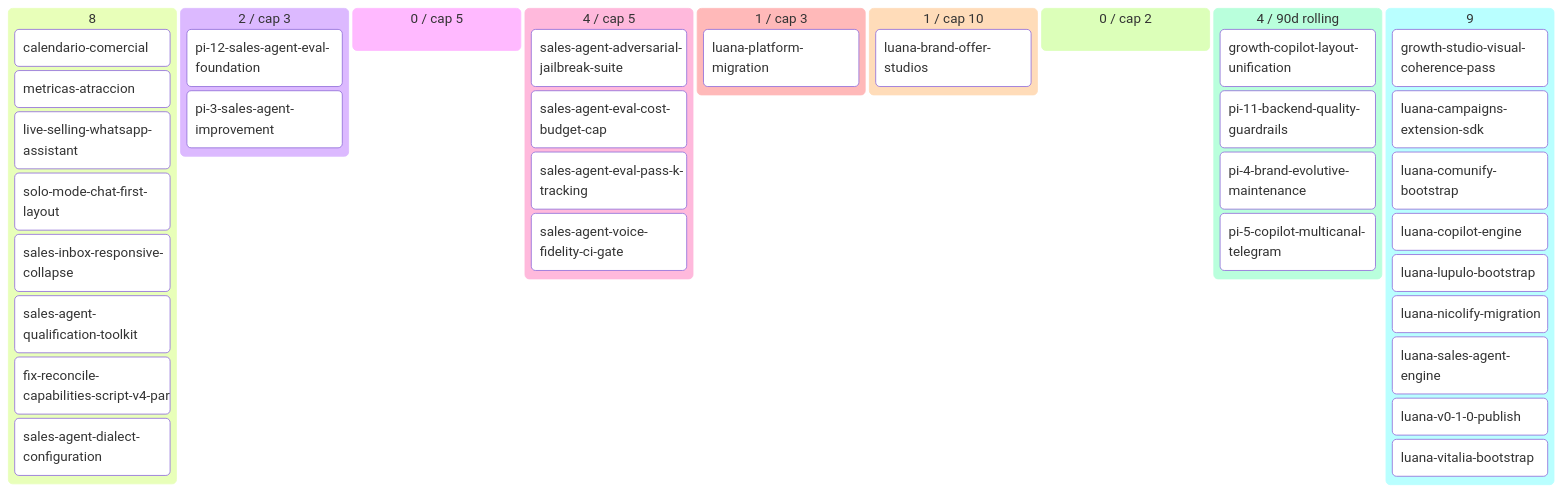
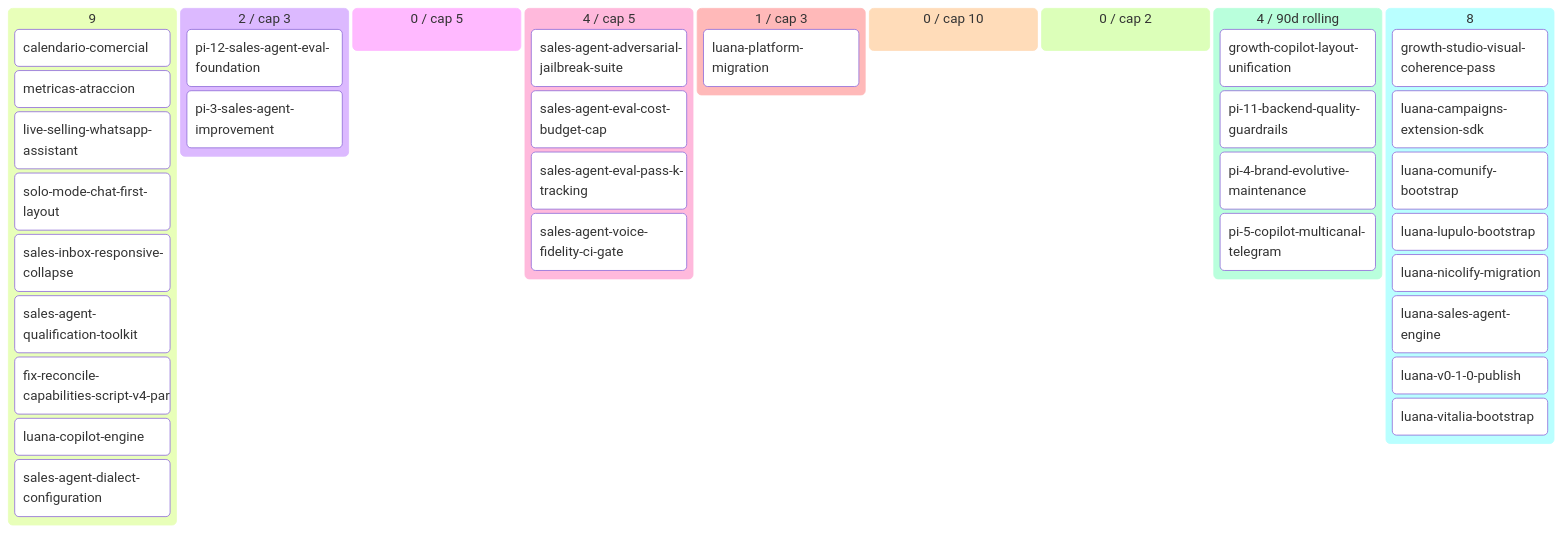
The diagram in docs/product/BACKLOG.md (alpacapurpura/ap_sales_agent), drawn with Mermaid before and after one commit. The commit also changed other lines of this file and 50 other files, not shown here.

First line of the commit message:
feat(luana-platform): close Story 5 luana-brand-offer-studios DONE + archive

````diff
--- a/docs/product/BACKLOG.md
+++ b/docs/product/BACKLOG.md
@@ -66,41 +66,40 @@
 ```mermaid
 kanban
-  💡 Ideas (8)
+  💡 Ideas (9)
     calendario-comercial[calendario-comercial]
     metricas-atraccion[metricas-atraccion]
     live-selling-whatsapp-assistan[live-selling-whatsapp-assistant]
     solo-mode-chat-first-layout[solo-mode-chat-first-layout]
     sales-inbox-responsive-collaps[sales-inbox-responsive-collapse]
     sales-agent-qualification-tool[sales-agent-qualification-toolkit]
     fix-reconcile-capabilities-scr[fix-reconcile-capabilities-script-v4-par]
+    luana-copilot-engine[luana-copilot-engine]
     sales-agent-dialect-configurat[sales-agent-dialect-configuration]
   🔬 Refining (2 / cap 3)
     pi-12-sales-agent-eval-foundat[pi-12-sales-agent-eval-foundation]
     pi-3-sales-agent-improvement[pi-3-sales-agent-improvement]
   ✅ Refined (0 / cap 5)
   📦 Ready (4 / cap 5)
     sales-agent-adversarial-jailbr[sales-agent-adversarial-jailbreak-suite]
     sales-agent-eval-cost-budget-c[sales-agent-eval-cost-budget-cap]
     sales-agent-eval-pass-k-tracki[sales-agent-eval-pass-k-tracking]
     sales-agent-voice-fidelity-ci-[sales-agent-voice-fidelity-ci-gate]
   🔨 Developing (1 / cap 3)
     luana-platform-migration[luana-platform-migration]
-  🧪 Developed (1 / cap 10)
-    luana-brand-offer-studios[luana-brand-offer-studios]
+  🧪 Developed (0 / cap 10)
   🔍 Reviewing (0 / cap 2)
   ✅ Done (4 / 90d rolling)
     growth-copilot-layout-unificat[growth-copilot-layout-unification]
     pi-11-backend-quality-guardrai[pi-11-backend-quality-guardrails]
     pi-4-brand-evolutive-maintenan[pi-4-brand-evolutive-maintenance]
     pi-5-copilot-multicanal-telegr[pi-5-copilot-multicanal-telegram]
-  🅿 Parked (9)
+  🅿 Parked (8)
     growth-studio-visual-coherence[growth-studio-visual-coherence-pass]
     luana-campaigns-extension-sdk[luana-campaigns-extension-sdk]
     luana-comunify-bootstrap[luana-comunify-bootstrap]
-    luana-copilot-engine[luana-copilot-engine]
     luana-lupulo-bootstrap[luana-lupulo-bootstrap]
     luana-nicolify-migration[luana-nicolify-migration]
     luana-sales-agent-engine[luana-sales-agent-engine]
     luana-v0-1-0-publish[luana-v0-1-0-publish]
     luana-vitalia-bootstrap[luana-vitalia-bootstrap]
 ```
````
